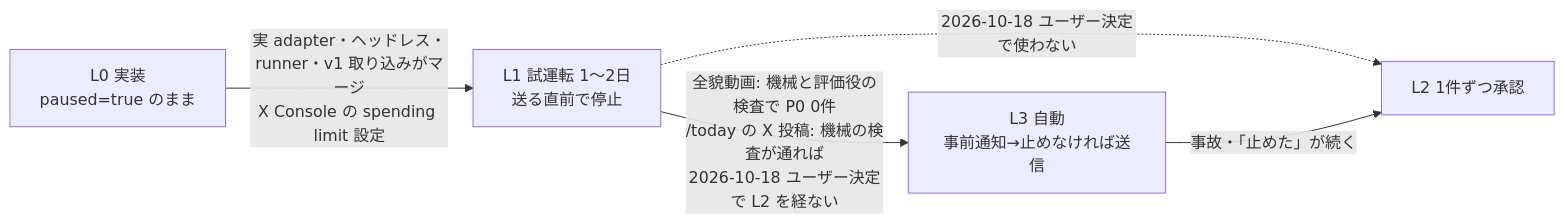
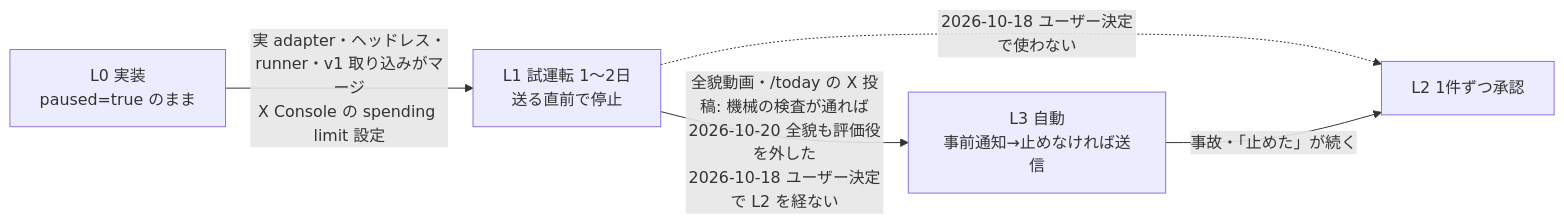
One commit to rhapsody0919/boatrace-ai-predictor changed the second of 2 diagrams in docs/design/sns-pdca-loop/spec.md. Above: the diagram before and after it, drawn with Mermaid. The commit also changed other lines of this file and 6 other files, not shown here.

````diff
--- a/docs/design/sns-pdca-loop/spec.md
+++ b/docs/design/sns-pdca-loop/spec.md
@@ -93,7 +93,7 @@
 ```mermaid
 flowchart LR
   L0[L0 実装<br/>paused=true のまま] -->|実 adapter・ヘッドレス・runner・v1 取り込みがマージ<br/>X Console の spending limit 設定| L1[L1 試運転 1〜2日<br/>送る直前で停止]
   L1 -.->|2026-10-18 ユーザー決定で使わない| L2[L2 1件ずつ承認]
-  L1 -->|全貌動画: 機械と評価役の検査で P0 0件<br/>/today の X 投稿: 機械の検査が通れば<br/>2026-10-18 ユーザー決定で L2 を経ない| L3[L3 自動<br/>事前通知→止めなければ送信]
+  L1 -->|全貌動画・/today の X 投稿: 機械の検査が通れば<br/>2026-10-20 全貌も評価役を外した<br/>2026-10-18 ユーザー決定で L2 を経ない| L3[L3 自動<br/>事前通知→止めなければ送信]
   L3 -->|事故・「止めた」が続く| L2
 ```
````
